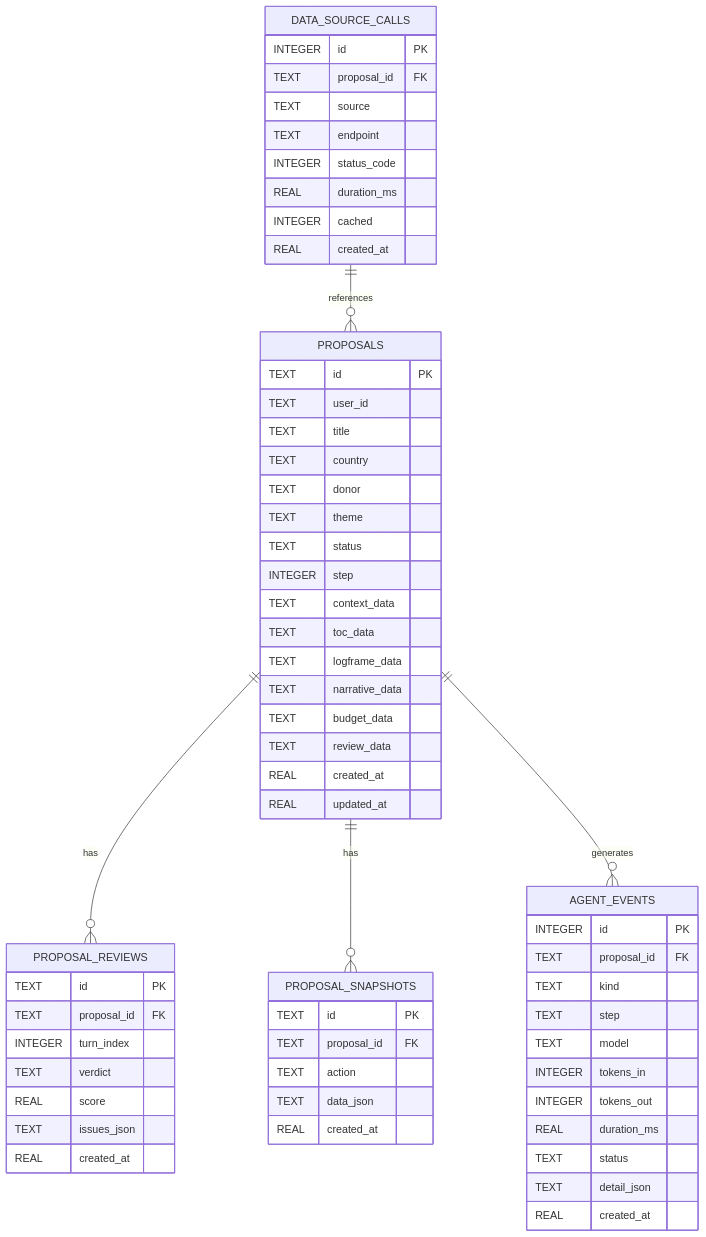
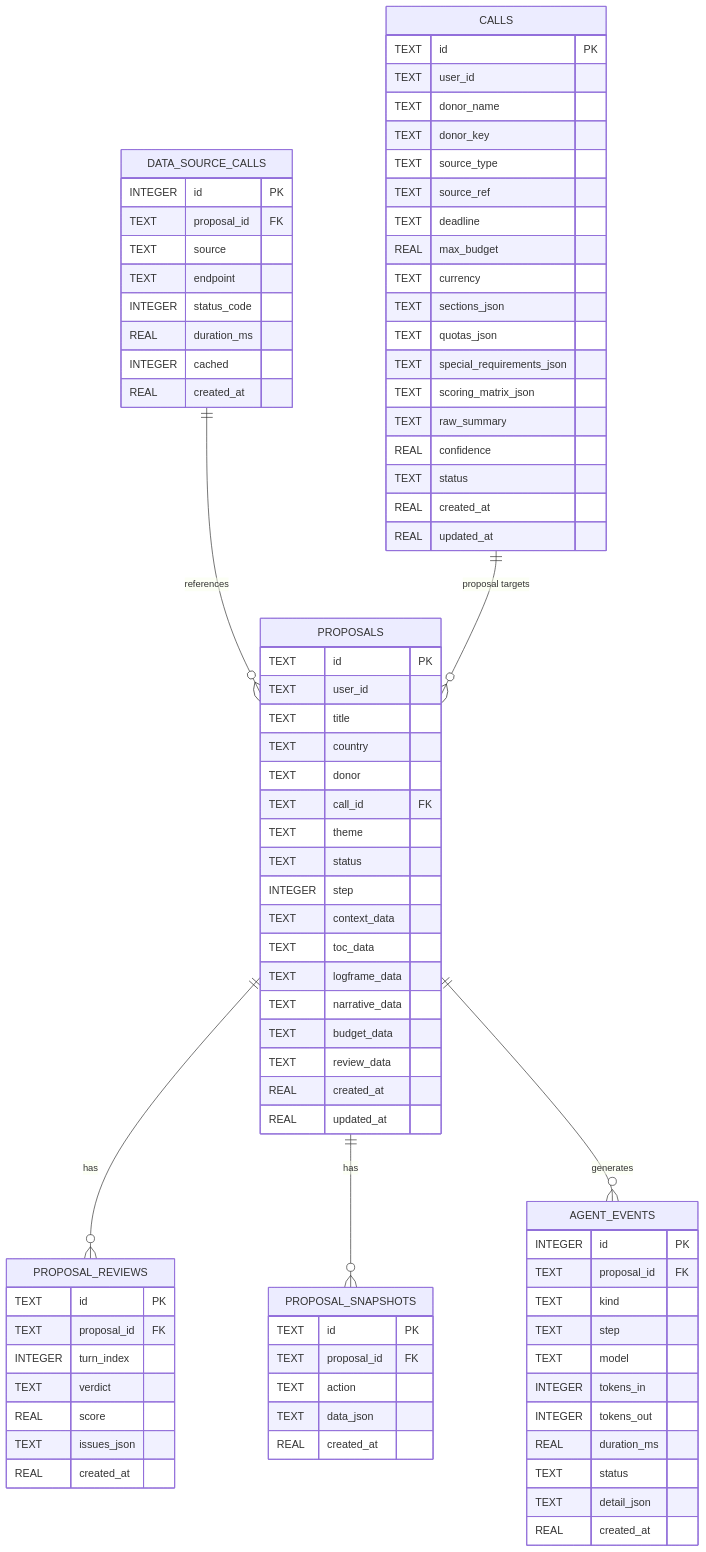
The second of 4 diagrams in docs/BACKEND_DESIGN.md (serkankzlrmk/proposal), drawn with Mermaid before and after one commit. The commit also changed other lines of this file, not shown here.

First line of the commit message:
docs: call ingestion — agentic rule engine (section 13)

````diff
--- a/docs/BACKEND_DESIGN.md
+++ b/docs/BACKEND_DESIGN.md
@@ -127,6 +127,7 @@
     PROPOSALS ||--o{ PROPOSAL_SNAPSHOTS : "has"
     PROPOSALS ||--o{ AGENT_EVENTS : "generates"
     DATA_SOURCE_CALLS ||--o{ PROPOSALS : "references"
+    CALLS ||--o{ PROPOSALS : "proposal targets"
 
     PROPOSALS {
         TEXT id PK
@@ -134,6 +135,7 @@
         TEXT title
         TEXT country
         TEXT donor
+        TEXT call_id FK
         TEXT theme
         TEXT status
         INTEGER step
@@ -185,4 +187,24 @@
         INTEGER cached
         REAL created_at
     }
+    CALLS {
+        TEXT id PK
+        TEXT user_id
+        TEXT donor_name
+        TEXT donor_key
+        TEXT source_type
+        TEXT source_ref
+        TEXT deadline
+        REAL max_budget
+        TEXT currency
+        TEXT sections_json
+        TEXT quotas_json
+        TEXT special_requirements_json
+        TEXT scoring_matrix_json
+        TEXT raw_summary
+        REAL confidence
+        TEXT status
+        REAL created_at
+        REAL updated_at
+    }
 ```
````
